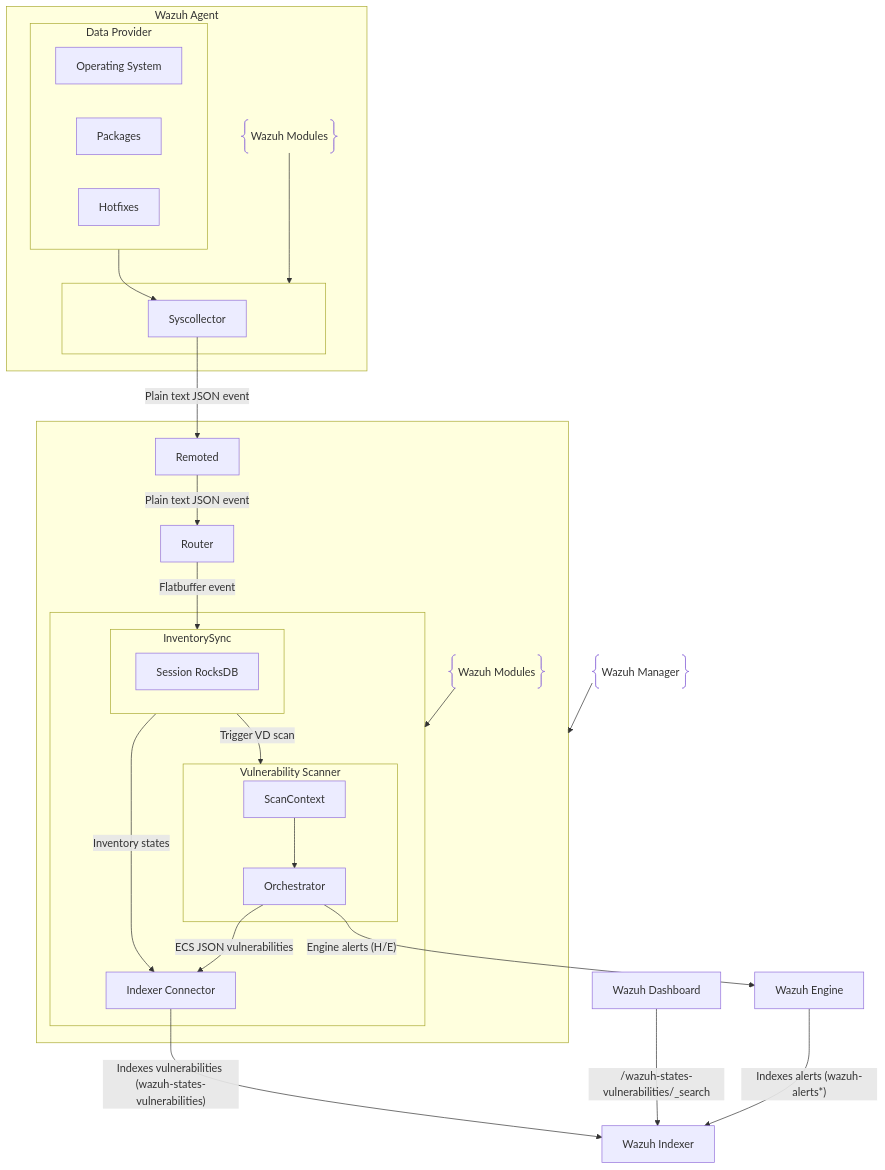
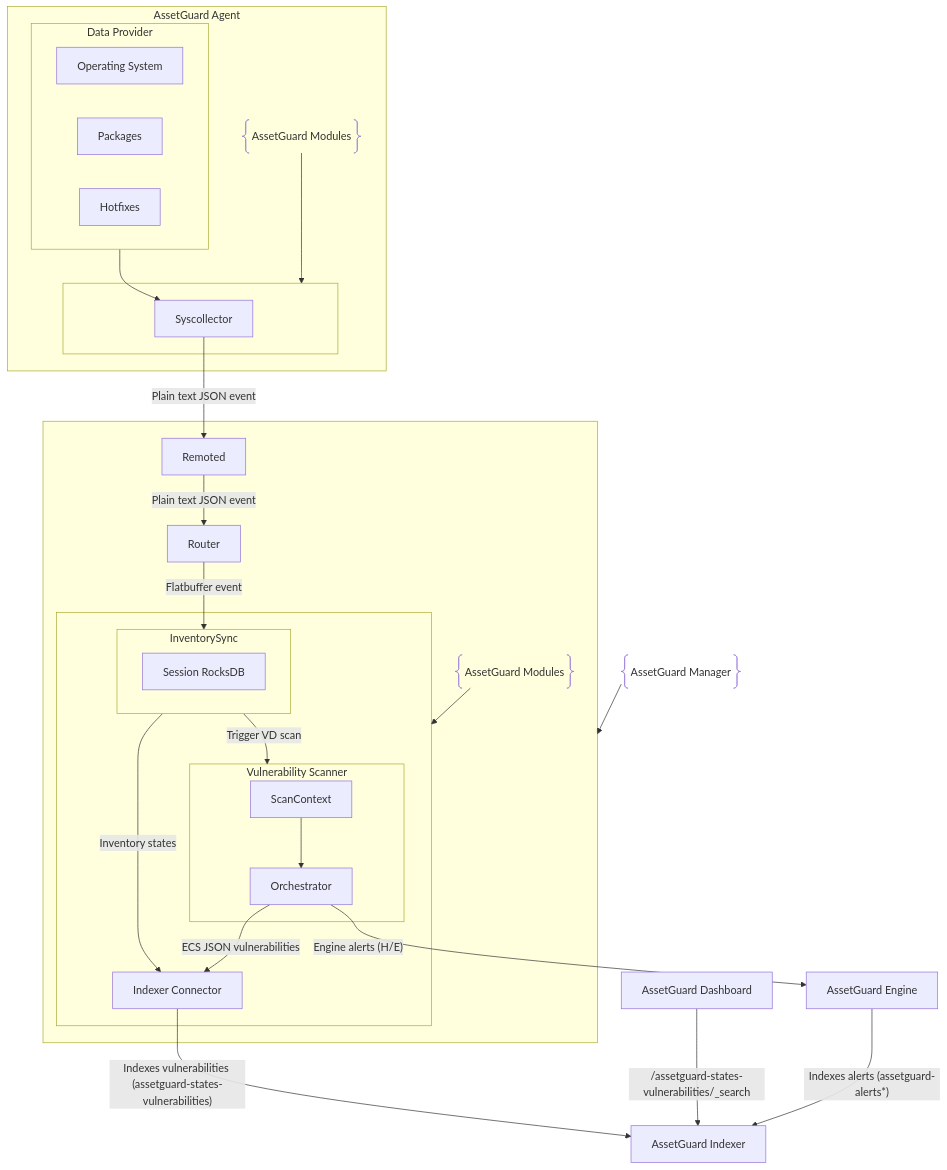
Before and after one commit to Ghostofpotato/AssetGuard: the second of 2 diagrams in docs/ref/modules/vulnerability-scanner/architecture.md, drawn with Mermaid. The commit also changed other lines of this file and 4032 other files, not shown here.

First line of the commit message:
Rebrand: replace all Wazuh references with AssetGuard

````diff
--- a/docs/ref/modules/vulnerability-scanner/architecture.md
+++ b/docs/ref/modules/vulnerability-scanner/architecture.md
@@ -107,45 +107,45 @@
 ```mermaid
 flowchart TD
 
-subgraph WazuhManager[" "]
+subgraph AssetGuardManager[" "]
   Remoted["Remoted"]
-  subgraph WazuhModulesM[" "]
+  subgraph AssetGuardModulesM[" "]
     subgraph InventorySync["InventorySync"]
       SessionDB["Session RocksDB"]
     end
     subgraph VulnerabilityScanner["Vulnerability Scanner"]
       ScanContext["ScanContext"]
       Orchestrator["Orchestrator"]
       ScanContext --> Orchestrator
     end
     IndexerConnector["Indexer Connector"]
     InventorySync -- "Inventory states" --> IndexerConnector
     Orchestrator -- "ECS JSON vulnerabilities" --> IndexerConnector
   end
-  C@{ shape: braces, label: "Wazuh Modules" } --> WazuhModulesM
+  C@{ shape: braces, label: "AssetGuard Modules" } --> AssetGuardModulesM
   Remoted -- "Plain text JSON event" --> Router
   Router -- "Flatbuffer event" --> InventorySync
   InventorySync -- "Trigger VD scan" --> VulnerabilityScanner
 end
-B@{ shape: braces, label: "Wazuh Manager" } --> WazuhManager
-IndexerConnector -- "Indexes vulnerabilities (wazuh-states-vulnerabilities)" --> WazuhIndexer
-Orchestrator -- "Engine alerts (H/E)" --> WazuhEngine
-subgraph WazuhAgent["Wazuh Agent"]
+B@{ shape: braces, label: "AssetGuard Manager" } --> AssetGuardManager
+IndexerConnector -- "Indexes vulnerabilities (assetguard-states-vulnerabilities)" --> AssetGuardIndexer
+Orchestrator -- "Engine alerts (H/E)" --> AssetGuardEngine
+subgraph AssetGuardAgent["AssetGuard Agent"]
   subgraph Providers["Data Provider"]
     OS["Operating System"]
     Packages["Packages"]
     Hotfixes["Hotfixes"]
   end
-  subgraph WazuhModulesA[" "]
+  subgraph AssetGuardModulesA[" "]
     Syscollector["Syscollector"]
   end
-  A@{ shape: braces, label: "Wazuh Modules" } --> WazuhModulesA
+  A@{ shape: braces, label: "AssetGuard Modules" } --> AssetGuardModulesA
   Syscollector -- "Plain text JSON event" --> Remoted
 end
 Providers --> Syscollector
-WazuhIndexer["Wazuh Indexer"]
-WazuhEngine["Wazuh Engine"]
-WazuhEngine -- "Indexes alerts (wazuh-alerts*)" --> WazuhIndexer
-WazuhDashboard["Wazuh Dashboard"]
-WazuhDashboard -- /wazuh-states-vulnerabilities/_search --> WazuhIndexer
+AssetGuardIndexer["AssetGuard Indexer"]
+AssetGuardEngine["AssetGuard Engine"]
+AssetGuardEngine -- "Indexes alerts (assetguard-alerts*)" --> AssetGuardIndexer
+AssetGuardDashboard["AssetGuard Dashboard"]
+AssetGuardDashboard -- /assetguard-states-vulnerabilities/_search --> AssetGuardIndexer
 ```
````
